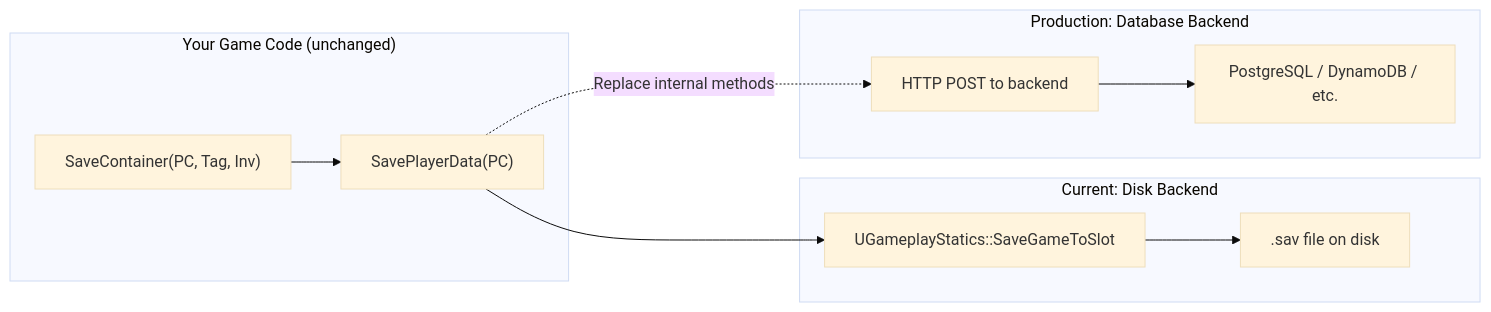
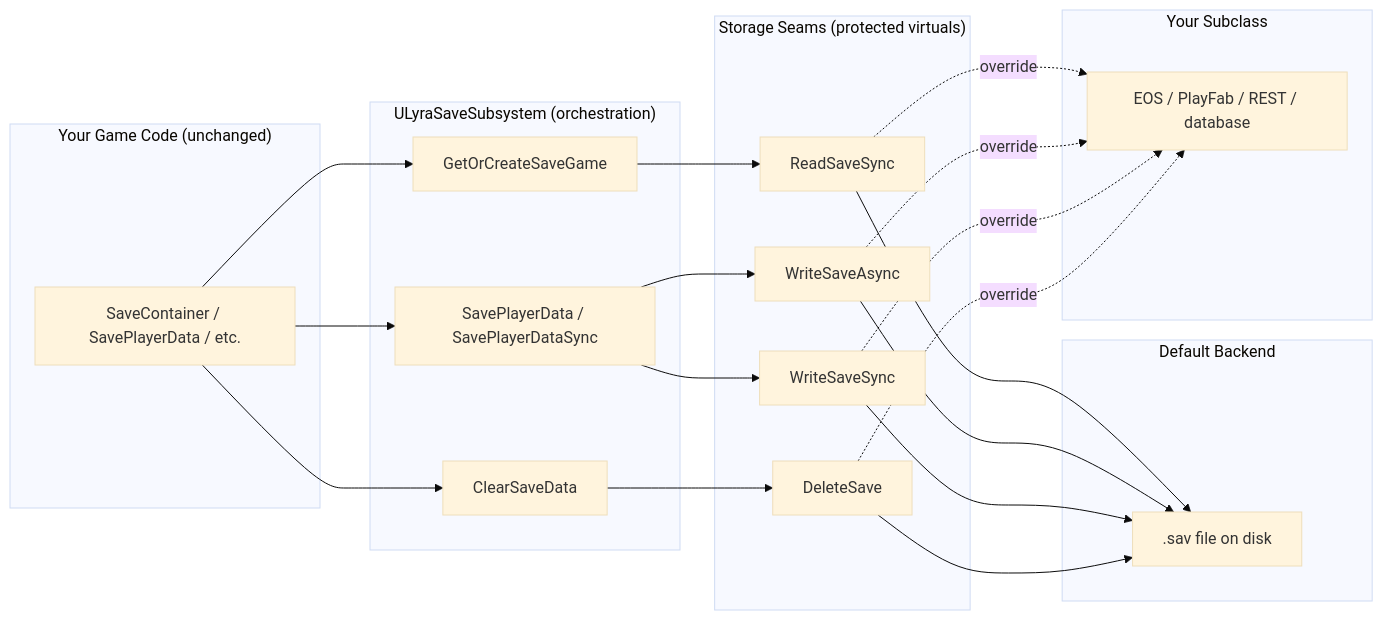
Before and after one commit to outliyr/outliyr-docs: the diagram in outliyr-framework/docs/base-lyra-modified/save-system/extending-the-save-system.md, drawn with Mermaid (base theme). The commit also changed other lines of this file and 80 other files, not shown here.

````diff
--- a/outliyr-framework/docs/base-lyra-modified/save-system/extending-the-save-system.md
+++ b/outliyr-framework/docs/base-lyra-modified/save-system/extending-the-save-system.md
@@ -302,24 +302,43 @@
 ```mermaid
 graph LR
     subgraph "Your Game Code (unchanged)"
-        A["SaveContainer(PC, Tag, Inv)"]
-        B["SavePlayerData(PC)"]
+        A["SaveContainer / SavePlayerData / etc."]
     end
 
-    subgraph "Current: Disk Backend"
-        C["UGameplayStatics::SaveGameToSlot"]
-        D[".sav file on disk"]
+    subgraph "ULyraSaveSubsystem (orchestration)"
+        B["GetOrCreateSaveGame"]
+        C["SavePlayerData / SavePlayerDataSync"]
+        D["ClearSaveData"]
     end
 
-    subgraph "Production: Database Backend"
-        E["HTTP POST to backend"]
-        F["PostgreSQL / DynamoDB / etc."]
+    subgraph "Storage Seams (protected virtuals)"
+        R["ReadSaveSync"]
+        WA["WriteSaveAsync"]
+        WS["WriteSaveSync"]
+        DEL["DeleteSave"]
+    end
+
+    subgraph "Default Backend"
+        DISK[".sav file on disk"]
+    end
+
+    subgraph "Your Subclass"
+        CLOUD["EOS / PlayFab / REST / database"]
     end
 
     A --> B
-    B --> C
-    C --> D
-
-    B -.->|"Replace internal methods"| E
-    E --> F
+    A --> C
+    A --> D
+    B --> R
+    C --> WA
+    C --> WS
+    D --> DEL
+    R --> DISK
+    WA --> DISK
+    WS --> DISK
+    DEL --> DISK
+    R -.->|"override"| CLOUD
+    WA -.->|"override"| CLOUD
+    WS -.->|"override"| CLOUD
+    DEL -.->|"override"| CLOUD
 ```
````
